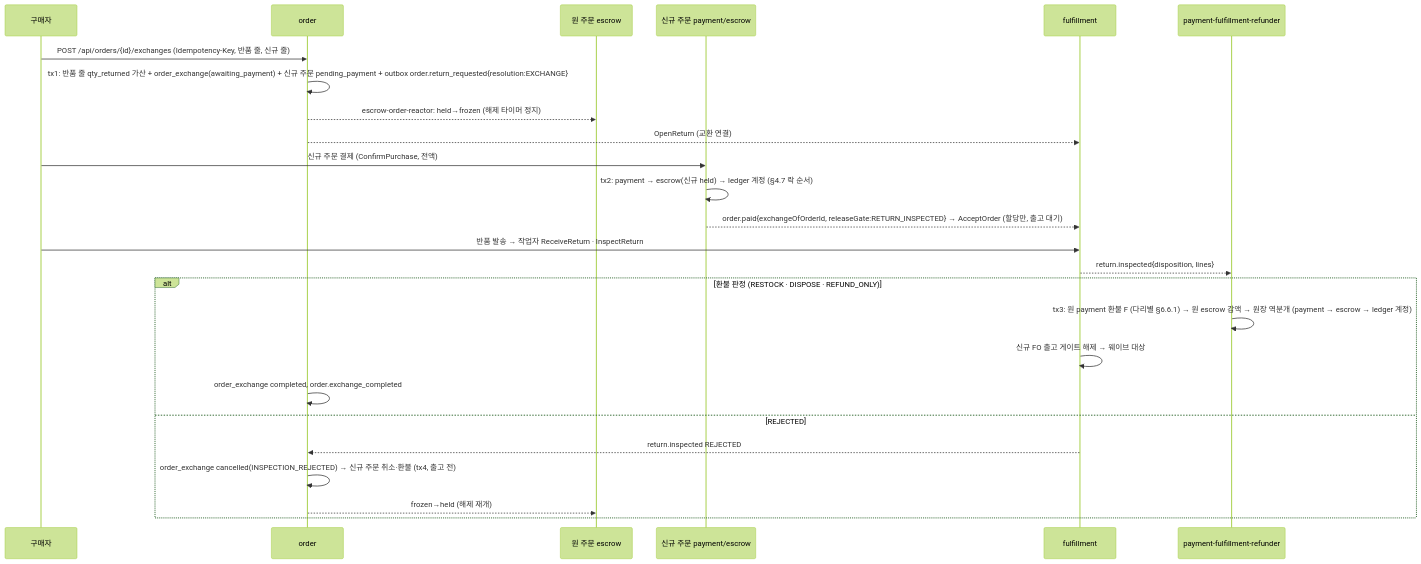
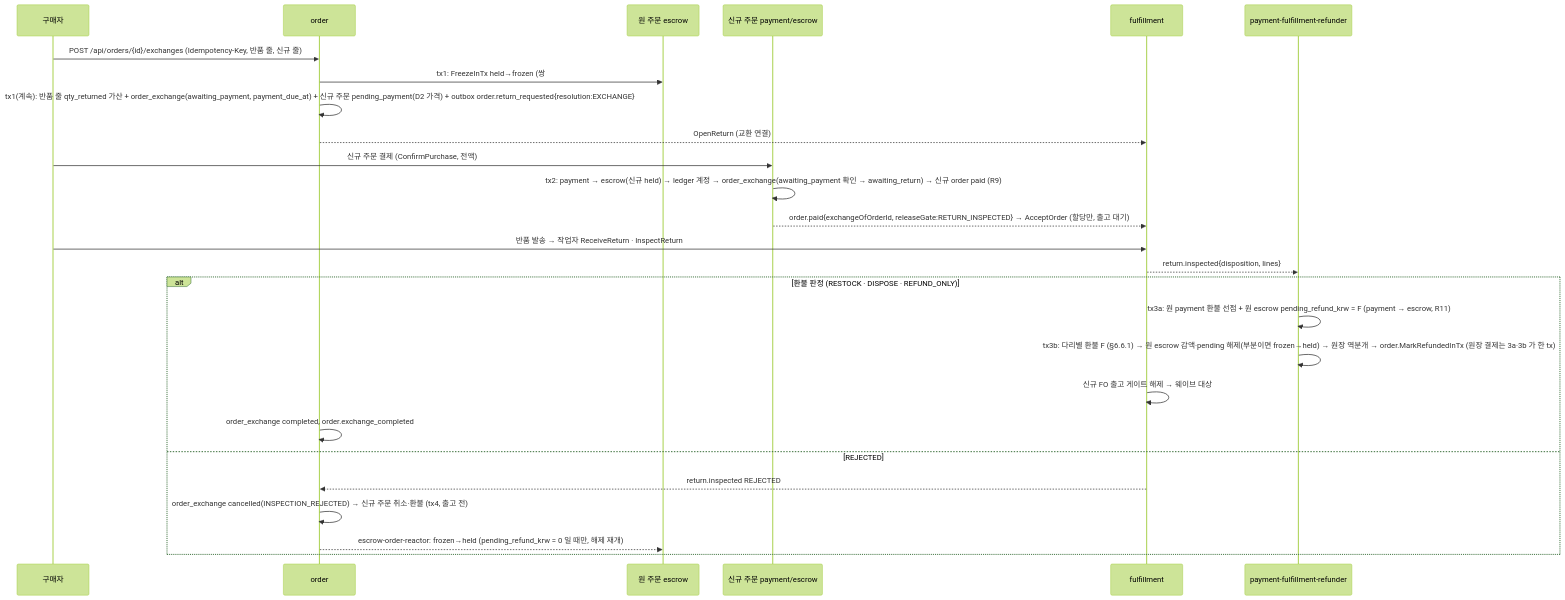
Before and after one commit to 1985jwlee/portpolio_backend: diagram 11 of 28 in docs/design/phases/02-commerce.md, drawn with Mermaid (forest theme). The commit also changed other lines of this file and 33 other files, not shown here.

````diff
--- a/docs/design/phases/02-commerce.md
+++ b/docs/design/phases/02-commerce.md
@@ -573,27 +584,28 @@
 ```mermaid
 sequenceDiagram
     participant B as 구매자
     participant O as order
     participant E1 as 원 주문 escrow
     participant N as 신규 주문 payment/escrow
     participant F as fulfillment
     participant RF as payment-fulfillment-refunder
     B->>O: POST /api/orders/{id}/exchanges (Idempotency-Key, 반품 줄, 신규 줄)
-    O->>O: tx1: 반품 줄 qty_returned 가산 + order_exchange(awaiting_payment) + 신규 주문 pending_payment + outbox order.return_requested{resolution:EXCHANGE}
-    O-->>E1: escrow-order-reactor: held→frozen (해제 타이머 정지)
+    O->>E1: tx1: FreezeInTx held→frozen (쌍 #5, 같은 tx, 해제 타이머 정지)
+    O->>O: tx1(계속): 반품 줄 qty_returned 가산 + order_exchange(awaiting_payment, payment_due_at) + 신규 주문 pending_payment(D2 가격) + outbox order.return_requested{resolution:EXCHANGE}
     O-->>F: OpenReturn (교환 연결)
     B->>N: 신규 주문 결제 (ConfirmPurchase, 전액)
-    N->>N: tx2: payment → escrow(신규 held) → ledger 계정 (§4.7 락 순서)
+    N->>N: tx2: payment → escrow(신규 held) → ledger 계정 → order_exchange(awaiting_payment 확인 → awaiting_return) → 신규 order paid (R9)
     N-->>F: order.paid{exchangeOfOrderId, releaseGate:RETURN_INSPECTED} → AcceptOrder (할당만, 출고 대기)
     B->>F: 반품 발송 → 작업자 ReceiveReturn · InspectReturn
     F-->>RF: return.inspected{disposition, lines}
     alt 환불 판정 (RESTOCK · DISPOSE · REFUND_ONLY)
-        RF->>RF: tx3: 원 payment 환불 F (다리별 §6.6.1) → 원 escrow 감액 → 원장 역분개 (payment → escrow → ledger 계정)
+        RF->>RF: tx3a: 원 payment 환불 선점 + 원 escrow pending_refund_krw = F (payment → escrow, R11)
+        RF->>RF: tx3b: 다리별 환불 F (§6.6.1) → 원 escrow 감액·pending 해제(부분이면 frozen→held) → 원장 역분개 → order.MarkRefundedInTx (원장 결제는 3a·3b 가 한 tx)
         F->>F: 신규 FO 출고 게이트 해제 → 웨이브 대상
         O->>O: order_exchange completed, order.exchange_completed
     else REJECTED
         F-->>O: return.inspected REJECTED
         O->>O: order_exchange cancelled(INSPECTION_REJECTED) → 신규 주문 취소·환불 (tx4, 출고 전)
-        O-->>E1: frozen→held (해제 재개)
+        O-->>E1: escrow-order-reactor: frozen→held (pending_refund_krw = 0 일 때만, 해제 재개)
     end
 ```
````
